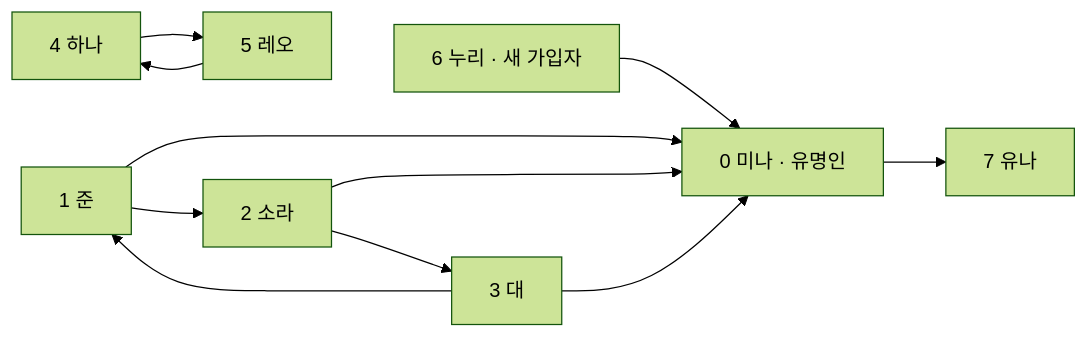
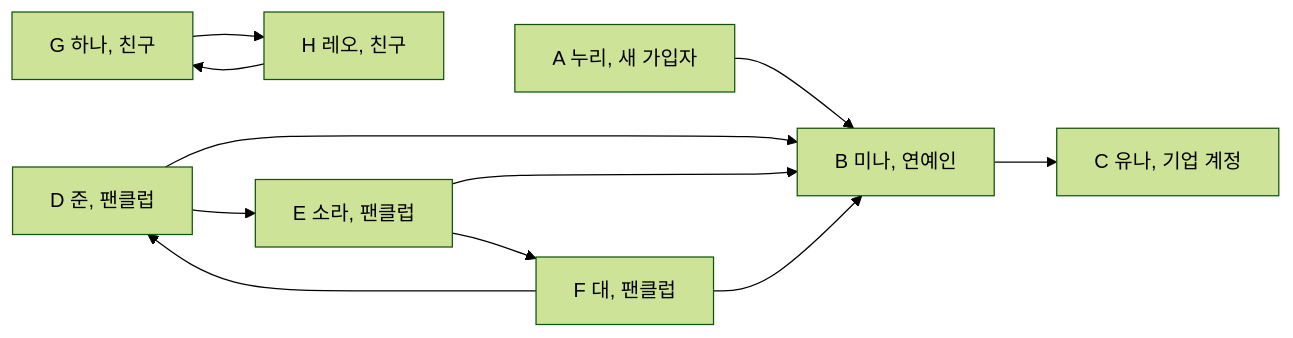
One commit to chaebkimm/data_structure_2026 changed the diagram in module_03_graph/student/textbook_korean.md. Above: the diagram before and after it, drawn with Mermaid (forest theme). The commit also changed other lines of this file and 2 other files, not shown here.

Commit message:
graph textbook update

````diff
--- a/module_03_graph/student/textbook_korean.md
+++ b/module_03_graph/student/textbook_korean.md
@@ -11,13 +11,13 @@
 ```mermaid
 flowchart LR
-    nuri["6 누리 · 새 가입자"] --> mina["0 미나 · 유명인"]
-    mina --> yuna["7 유나"]
-    joon["1 준"] --> mina
-    joon --> sora["2 소라"]
+    nuri["A 누리, 새 가입자"] --> mina["B 미나, 연예인"]
+    mina --> yuna["C 유나, 기업 계정"]
+    joon["D 준, 팬클럽"] --> mina
+    joon --> sora["E 소라, 팬클럽"]
     sora --> mina
-    sora --> dae["3 대"]
+    sora --> dae["F 대, 팬클럽"]
     dae --> mina
     dae --> joon
-    hana["4 하나"] --> leo["5 레오"]
+    hana["G 하나, 친구"] --> leo["H 레오, 친구"]
     leo --> hana
 ```
````
